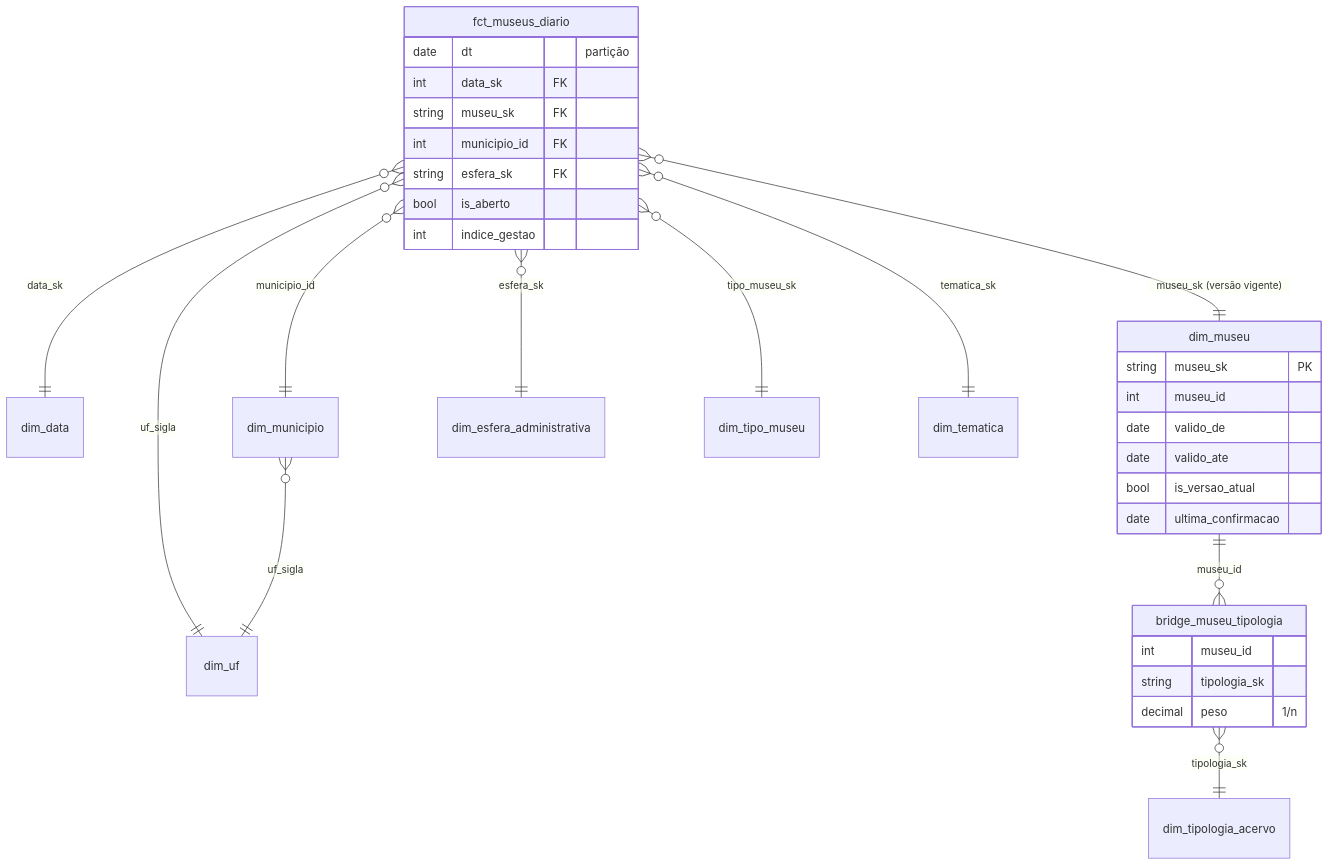
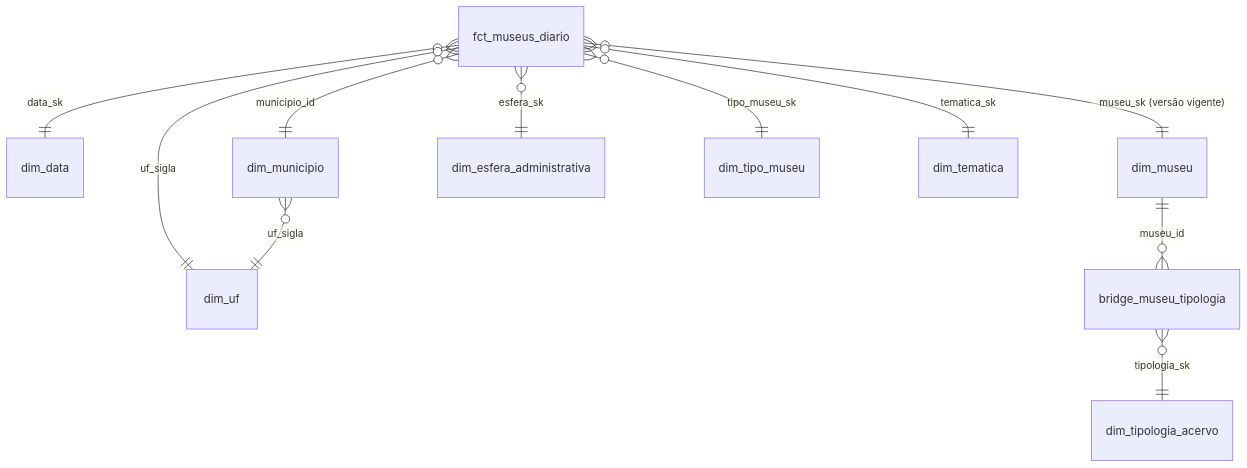
Before and after one commit to Pantercode/DBT_Agente_Goodata: the second of 3 diagrams in README.md, drawn with Mermaid. The commit also changed other lines of this file and 43 other files, not shown here.

````diff
--- a/README.md
+++ b/README.md
@@ -67,35 +123,13 @@
 ```mermaid
 erDiagram
     fct_museus_diario }o--|| dim_data : data_sk
     fct_museus_diario }o--|| dim_museu : "museu_sk (versão vigente)"
     fct_museus_diario }o--|| dim_municipio : municipio_id
     fct_museus_diario }o--|| dim_uf : uf_sigla
     fct_museus_diario }o--|| dim_esfera_administrativa : esfera_sk
     fct_museus_diario }o--|| dim_tipo_museu : tipo_museu_sk
     fct_museus_diario }o--|| dim_tematica : tematica_sk
     dim_museu ||--o{ bridge_museu_tipologia : museu_id
     bridge_museu_tipologia }o--|| dim_tipologia_acervo : tipologia_sk
     dim_municipio }o--|| dim_uf : uf_sigla
-    fct_museus_diario {
-        date dt "partição"
-        int data_sk FK
-        string museu_sk FK
-        int municipio_id FK
-        string esfera_sk FK
-        bool is_aberto
-        int indice_gestao
-    }
-    dim_museu {
-        string museu_sk PK
-        int museu_id
-        date valido_de
-        date valido_ate
-        bool is_versao_atual
-        date ultima_confirmacao
-    }
-    bridge_museu_tipologia {
-        int museu_id
-        string tipologia_sk
-        decimal peso "1/n"
-    }
 ```
````
